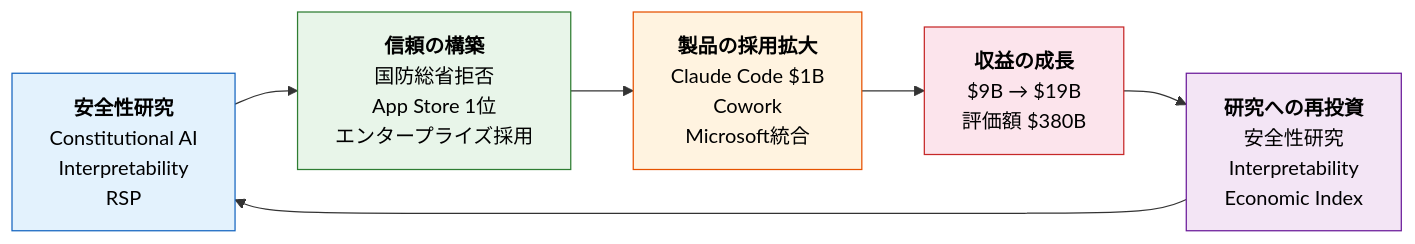
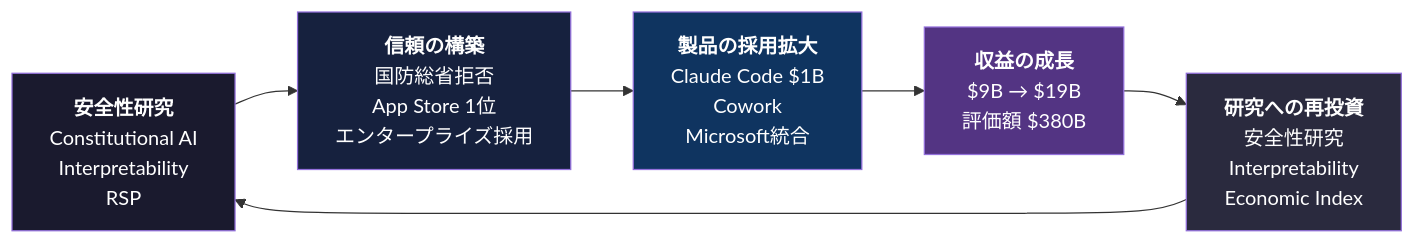
One commit to Leading-AI-IO/anatomy-of-anthropic changed diagram 13 of 14 in docs/jp/anatomy_of_anthropic_jp.md. Above: the diagram before and after it, drawn with Mermaid. The commit also changed other lines of this file, not shown here.

````diff
--- a/docs/jp/anatomy_of_anthropic_jp.md
+++ b/docs/jp/anatomy_of_anthropic_jp.md
@@ -1105,14 +1129,14 @@
 ```mermaid
 flowchart LR
     A["<b>安全性研究</b><br/>Constitutional AI<br/>Interpretability<br/>RSP"] --> B["<b>信頼の構築</b><br/>国防総省拒否<br/>App Store 1位<br/>エンタープライズ採用"]
     B --> C["<b>製品の採用拡大</b><br/>Claude Code $1B<br/>Cowork<br/>Microsoft統合"]
     C --> D["<b>収益の成長</b><br/>$9B → $19B<br/>評価額 $380B"]
     D --> E["<b>研究への再投資</b><br/>安全性研究<br/>Interpretability<br/>Economic Index"]
     E --> A
 
-    style A fill:#e3f2fd,stroke:#1565c0,color:#000
-    style B fill:#e8f5e9,stroke:#2e7d32,color:#000
-    style C fill:#fff3e0,stroke:#e65100,color:#000
-    style D fill:#fce4ec,stroke:#c62828,color:#000
-    style E fill:#f3e5f5,stroke:#6a1b9a,color:#000
+    style A fill:#1a1a2e,color:#fff
+    style B fill:#16213e,color:#fff
+    style C fill:#0f3460,color:#fff
+    style D fill:#533483,color:#fff
+    style E fill:#2a2a3e,color:#fff
 ```
````
